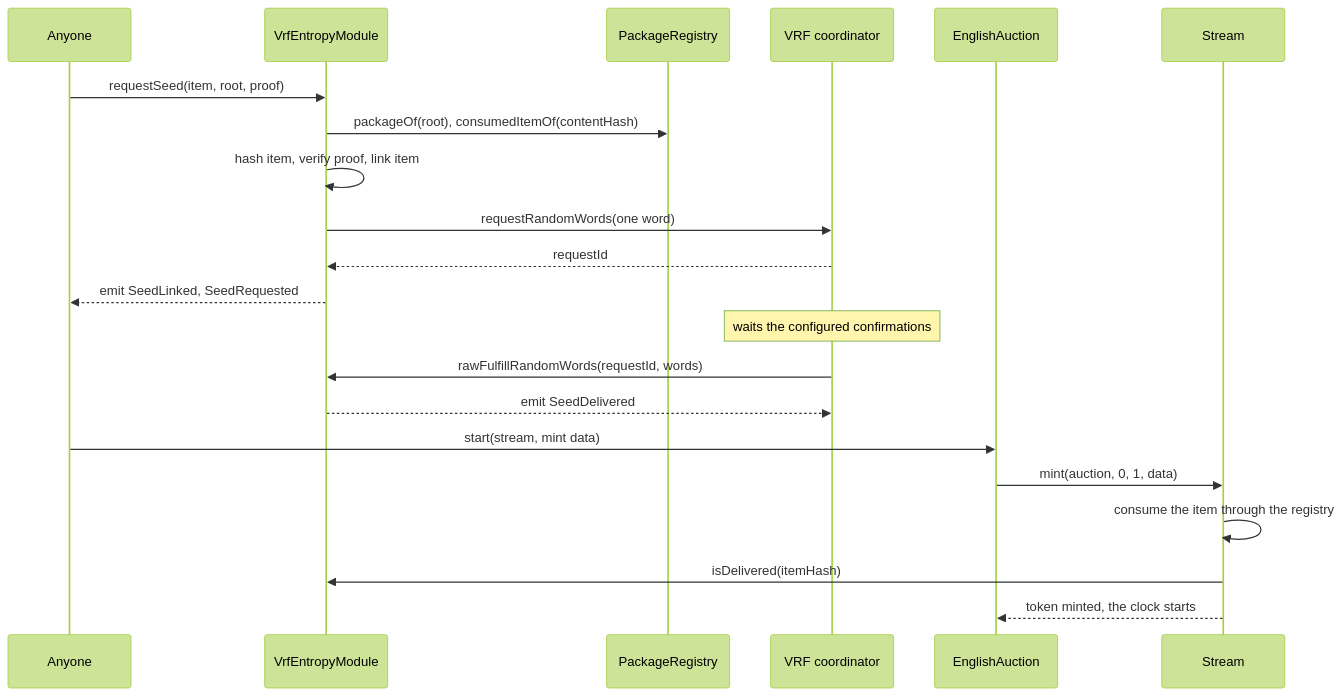
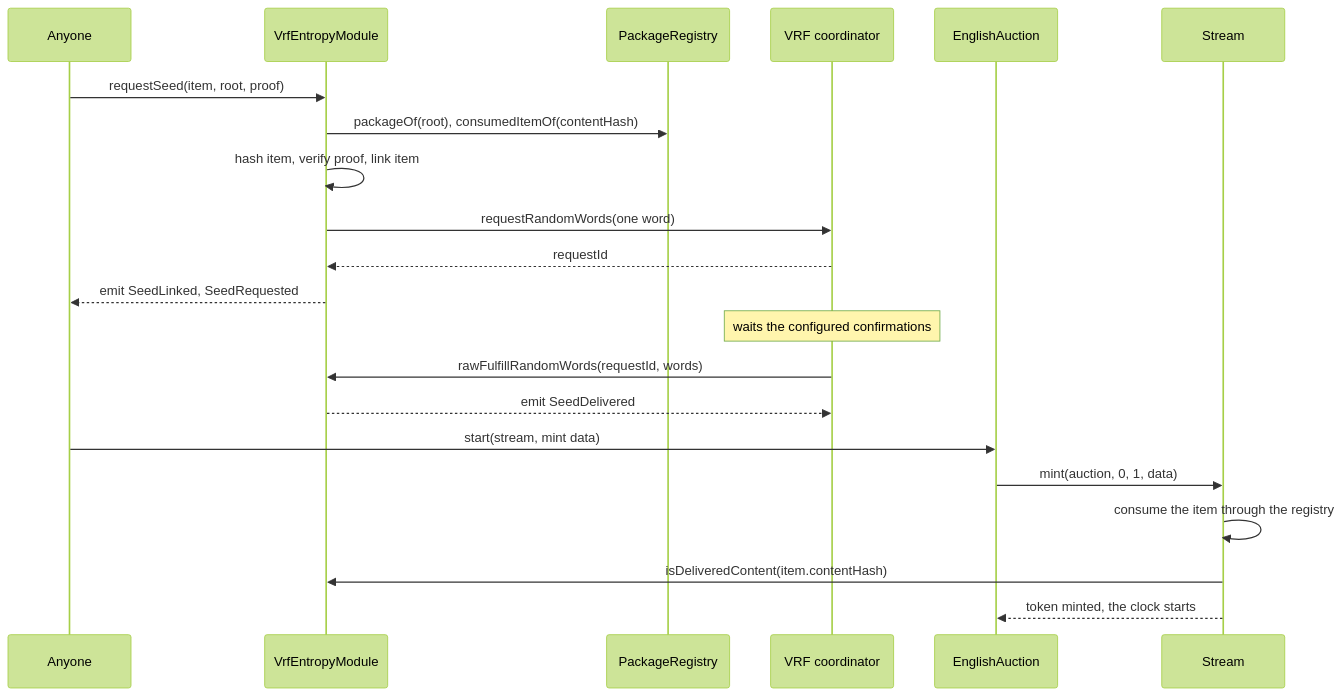
Before and after one commit to 6529-Collections/6529-works: the third of 5 diagrams in docs/spec/entropy.md, drawn with Mermaid (forest theme). The commit also changed other lines of this file and 52 other files, not shown here.

````diff
--- a/docs/spec/entropy.md
+++ b/docs/spec/entropy.md
@@ -167,23 +179,23 @@
 ```mermaid
 sequenceDiagram
     participant Anyone as Anyone
     participant Module as VrfEntropyModule
     participant Registry as PackageRegistry
     participant Coord as VRF coordinator
     participant Auction as EnglishAuction
     participant Stream as Stream
     Anyone->>Module: requestSeed(item, root, proof)
     Module->>Registry: packageOf(root), consumedItemOf(contentHash)
     Module->>Module: hash item, verify proof, link item
     Module->>Coord: requestRandomWords(one word)
     Coord-->>Module: requestId
     Module-->>Anyone: emit SeedLinked, SeedRequested
     Note over Coord: waits the configured confirmations
     Coord->>Module: rawFulfillRandomWords(requestId, words)
     Module-->>Coord: emit SeedDelivered
     Anyone->>Auction: start(stream, mint data)
     Auction->>Stream: mint(auction, 0, 1, data)
     Stream->>Stream: consume the item through the registry
-    Stream->>Module: isDelivered(itemHash)
+    Stream->>Module: isDeliveredContent(item.contentHash)
     Stream-->>Auction: token minted, the clock starts
 ```
````
